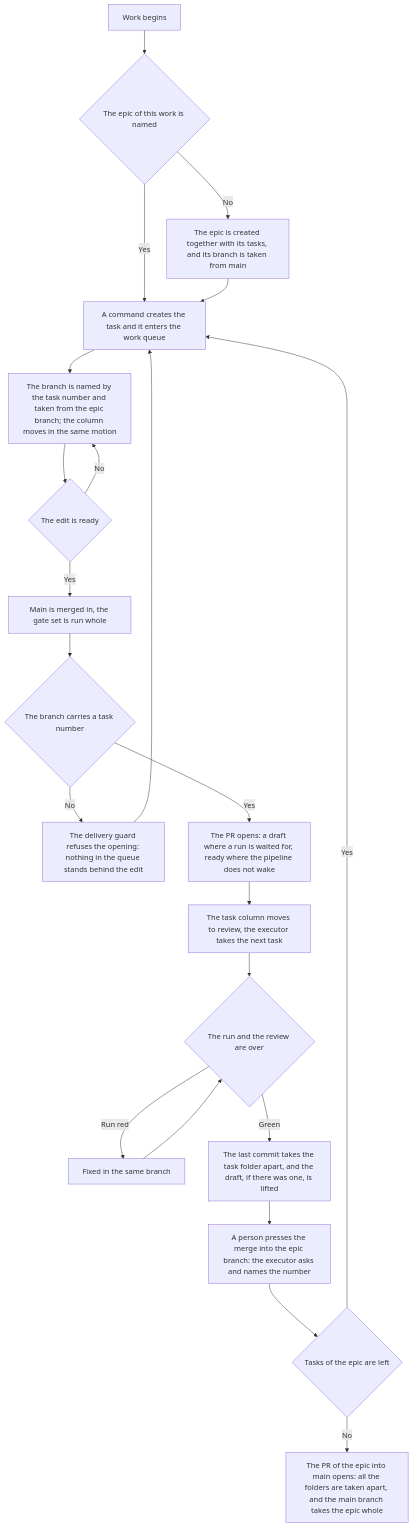
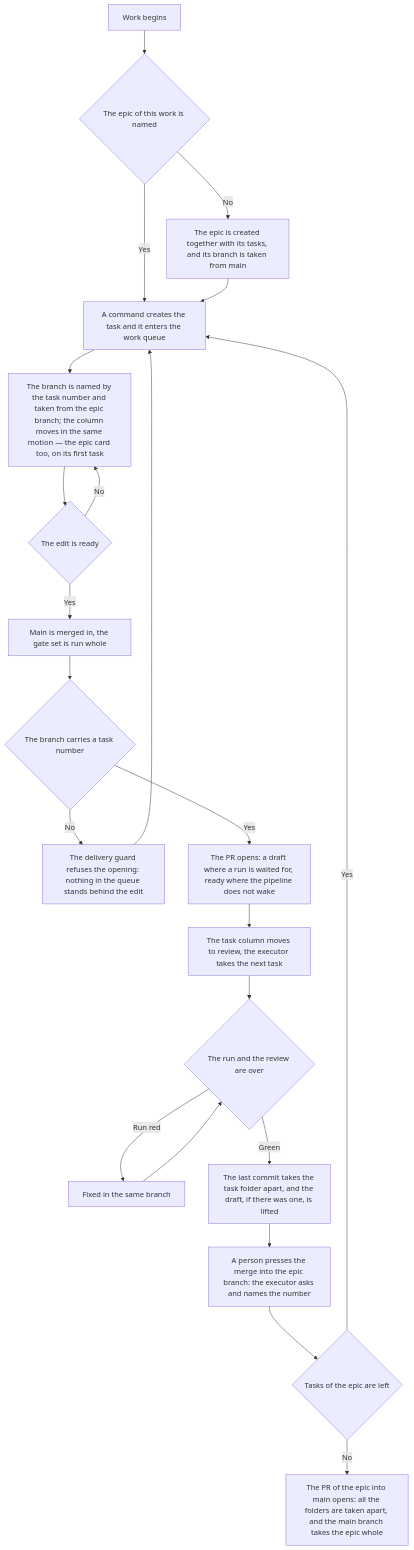
The diagram in .claude/skills/git-workflow/SKILL.md (Eyhenij/rt-tools), drawn with Mermaid before and after one commit. The commit also changed other lines of this file and 9 other files, not shown here.

````diff
--- a/.claude/skills/git-workflow/SKILL.md
+++ b/.claude/skills/git-workflow/SKILL.md
@@ -48,24 +48,24 @@
 ```mermaid
 flowchart TD
     A[Work begins] --> Z{The epic of this work is named}
     Z -->|No| Y[The epic is created together with its tasks, and its branch is taken from main]
     Z -->|Yes| B[A command creates the task and it enters the work queue]
     Y --> B
-    B --> C[The branch is named by the task number and taken from the epic branch; the column moves in the same motion]
+    B --> C[The branch is named by the task number and taken from the epic branch; the column moves in the same motion — the epic card too, on its first task]
     C --> D{The edit is ready}
     D -->|No| C
     D -->|Yes| E[Main is merged in, the gate set is run whole]
     E --> F{The branch carries a task number}
     F -->|No| G[The delivery guard refuses the opening: nothing in the queue stands behind the edit]
     F -->|Yes| H[The PR opens: a draft where a run is waited for, ready where the pipeline does not wake]
     H --> I[The task column moves to review, the executor takes the next task]
     I --> J{The run and the review are over}
     J -->|Run red| K[Fixed in the same branch]
     K --> J
     J -->|Green| L[The last commit takes the task folder apart, and the draft, if there was one, is lifted]
     L --> M[A person presses the merge into the epic branch: the executor asks and names the number]
     M --> N{Tasks of the epic are left}
     N -->|Yes| B
     N -->|No| O[The PR of the epic into main opens: all the folders are taken apart, and the main branch takes the epic whole]
     G --> B
 ```
````
